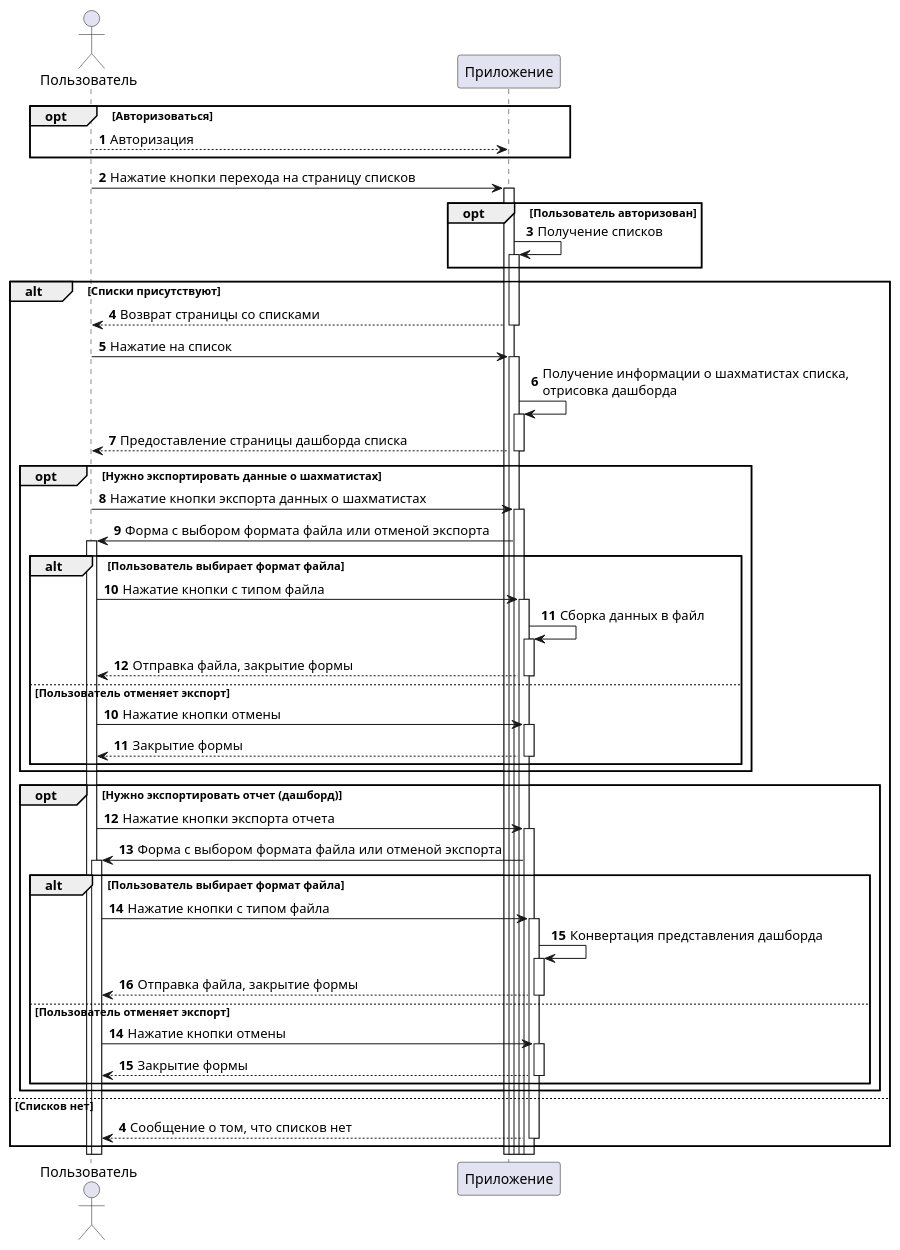
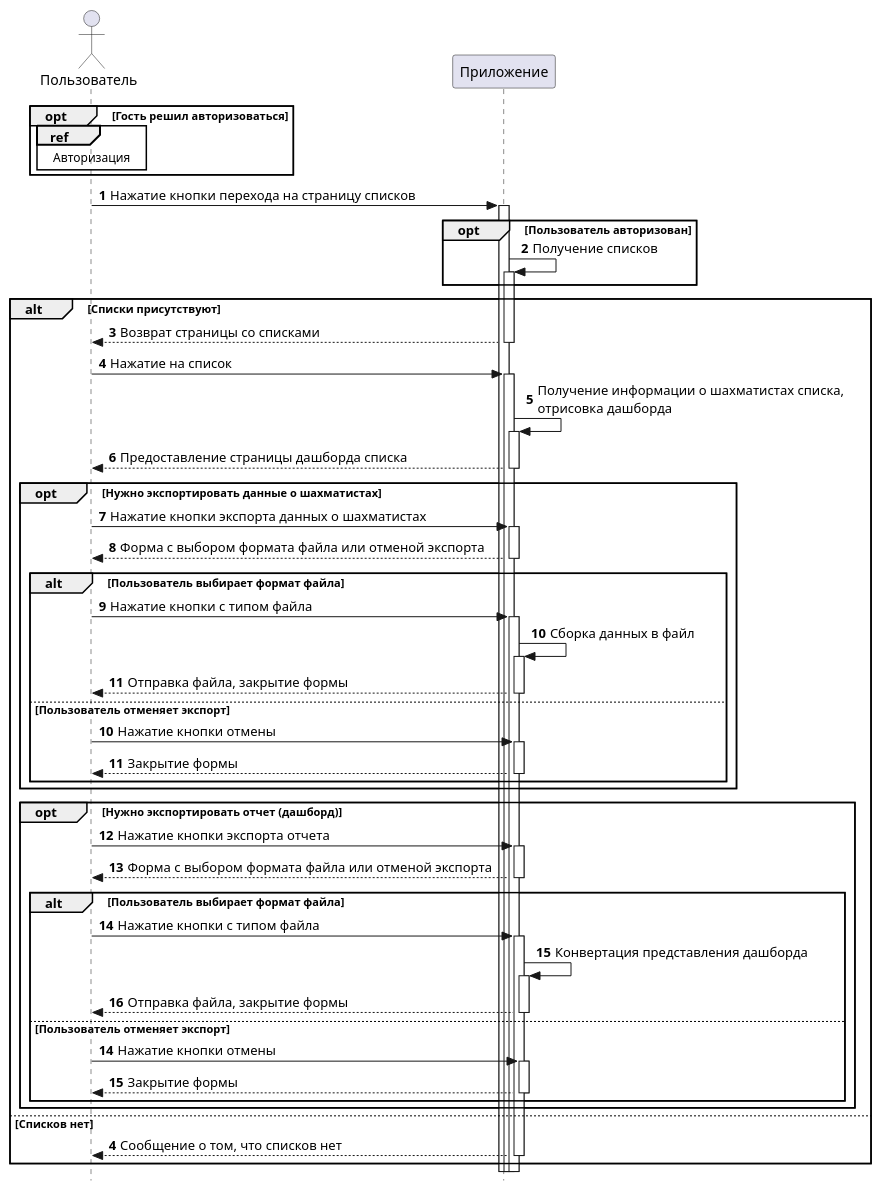
Before and after one commit to AleksanderNekr/LichessAnalyzer: the fourth of 6 diagrams in docs/ui-sequences.puml, drawn with PlantUML. The commit also changed other lines of this file and 2 other files, not shown here.

```diff
--- a/docs/ui-sequences.puml
+++ b/docs/ui-sequences.puml
@@ -84,61 +96,67 @@
 @startuml view-lists
+
+skinparam {
+    style strictuml
+}
 
 autonumber
 autoactivate on
 
 actor "Пользователь" as user
 participant "Приложение" as app
 
-opt Авторизоваться
-   user --> app: Авторизация 
+opt Гость решил авторизоваться
+    ref over user
+        Авторизация
+    end ref
 end
 
 user -> app: Нажатие кнопки перехода на страницу списков
 
 opt Пользователь авторизован
     app -> app: Получение списков
 end
 
 alt Списки присутствуют
     app --> user: Возврат страницы со списками
     user -> app: Нажатие на список
     
     app -> app: Получение информации о шахматистах списка,\nотрисовка дашборда
     
     app --> user: Предоставление страницы дашборда списка
     
     opt Нужно экспортировать данные о шахматистах
         user -> app: Нажатие кнопки экспорта данных о шахматистах
         
-        app -> user: Форма с выбором формата файла или отменой экспорта
+        app --> user: Форма с выбором формата файла или отменой экспорта
         
         alt Пользователь выбирает формат файла
             user -> app: Нажатие кнопки с типом файла
             app -> app: Сборка данных в файл
             app --> user: Отправка файла, закрытие формы
         else Пользователь отменяет экспорт
             autonumber 10
             user -> app: Нажатие кнопки отмены
             app --> user: Закрытие формы
         end
     end
     
     opt Нужно экспортировать отчет (дашборд)
         user -> app: Нажатие кнопки экспорта отчета
-        app -> user: Форма с выбором формата файла или отменой экспорта
+        app --> user: Форма с выбором формата файла или отменой экспорта
         alt Пользователь выбирает формат файла
             user -> app: Нажатие кнопки с типом файла
             app -> app: Конвертация представления дашборда
             app --> user: Отправка файла, закрытие формы
         else Пользователь отменяет экспорт
             autonumber 14
             user -> app: Нажатие кнопки отмены
             app --> user: Закрытие формы
         end
     end
 else Списков нет
     autonumber 4
     app --> user: Сообщение о том, что списков нет
 end
 
 @enduml
```
